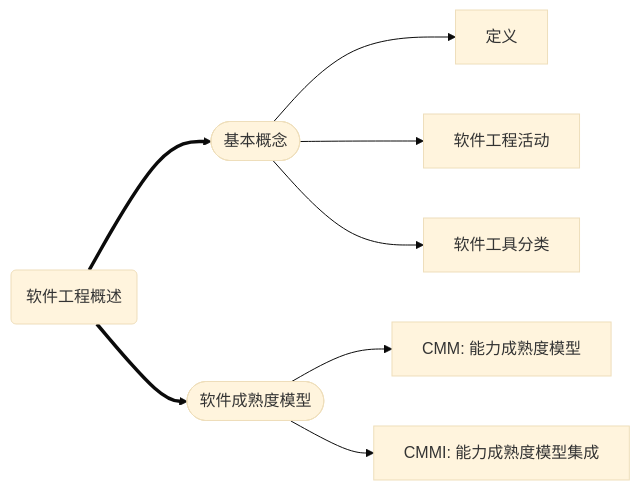
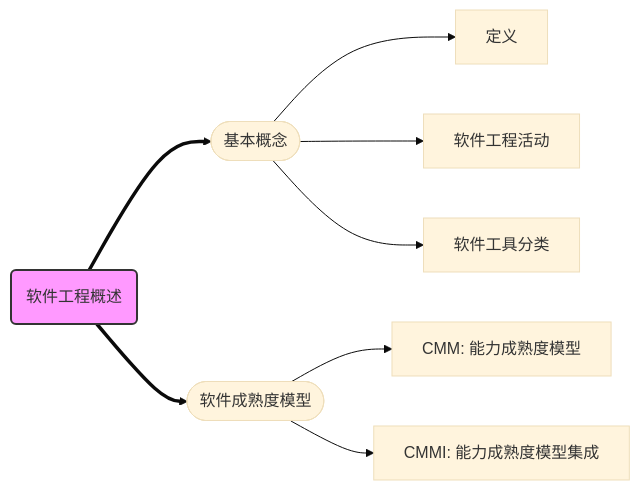
The first of 3 diagrams in Documentation/ruankao/architecture.rst (Rtoax/test-linux), drawn with Mermaid (base theme) before and after one commit. The commit also changed other lines of this file and 2 other files, not shown here.

First line of the commit message:
Doc: rk: architecture.rst

```diff
--- a/Documentation/ruankao/architecture.rst
+++ b/Documentation/ruankao/architecture.rst
@@ -17,13 +21,15 @@
 .. mermaid::
    :caption: 软件工程概述
 
     flowchart LR
         Engineering(软件工程概述) ==> Concept([基本概念])
         Engineering ==> Maturity([软件成熟度模型])
 
         Concept --> Concept1[定义]
         Concept --> Concept2[软件工程活动]
         Concept --> Concept3[软件工具分类]
 
         Maturity --> Maturity1[CMM: 能力成熟度模型]
         Maturity --> Maturity2[CMMI: 能力成熟度模型集成]
+
+        style Engineering fill:#f9f,stroke:#333,stroke-width:2px
```
